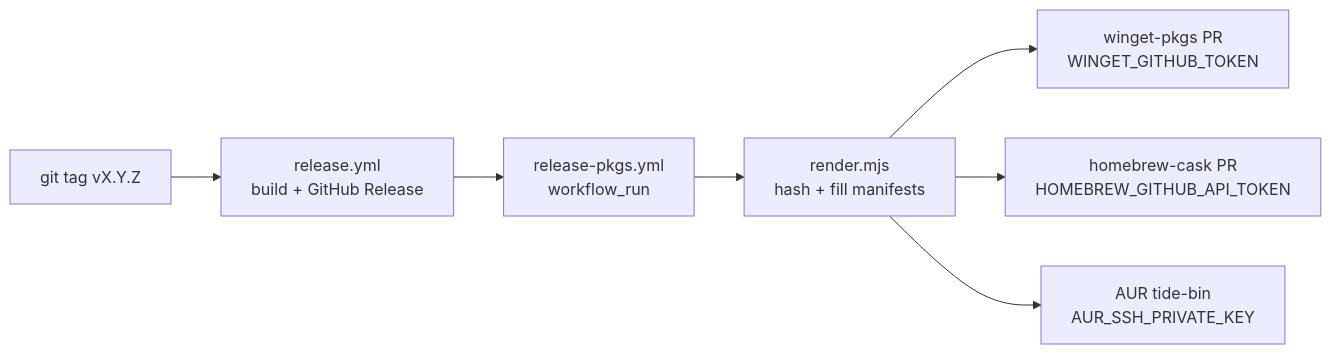
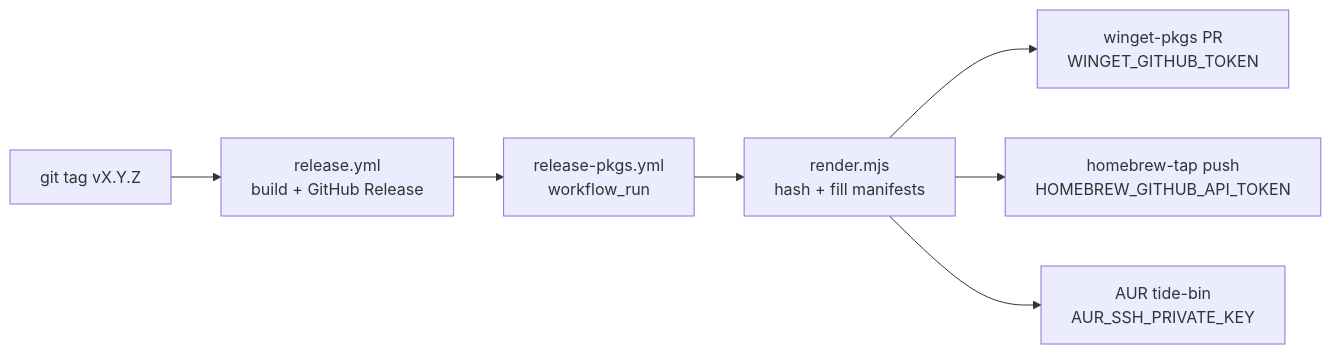
The diagram in packaging/README.md (code-with-current/tide), drawn with Mermaid before and after one commit. The commit also changed other lines of this file and 2 other files, not shown here.

Commit message:
ci: switch homebrew from homebrew-cask to own tap

````diff
--- a/packaging/README.md
+++ b/packaging/README.md
@@ -51,9 +55,9 @@
 ```mermaid
 flowchart LR
   Tag["git tag vX.Y.Z"] --> Rel["release.yml<br/>build + GitHub Release"]
   Rel --> Run["release-pkgs.yml<br/>workflow_run"]
   Run --> Rnd["render.mjs<br/>hash + fill manifests"]
   Rnd --> W["winget-pkgs PR<br/>WINGET_GITHUB_TOKEN"]
-  Rnd --> B["homebrew-cask PR<br/>HOMEBREW_GITHUB_API_TOKEN"]
+  Rnd --> B["homebrew-tap push<br/>HOMEBREW_GITHUB_API_TOKEN"]
   Rnd --> A["AUR tide-bin<br/>AUR_SSH_PRIVATE_KEY"]
 ```
````
